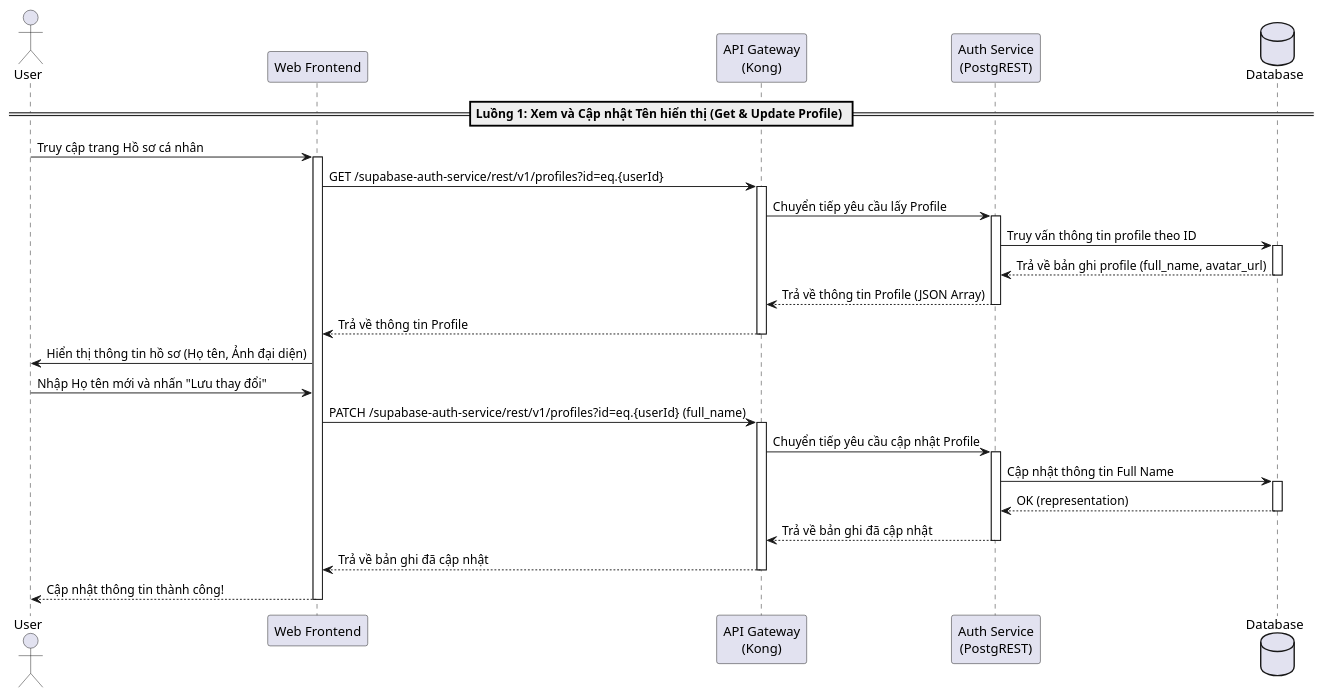
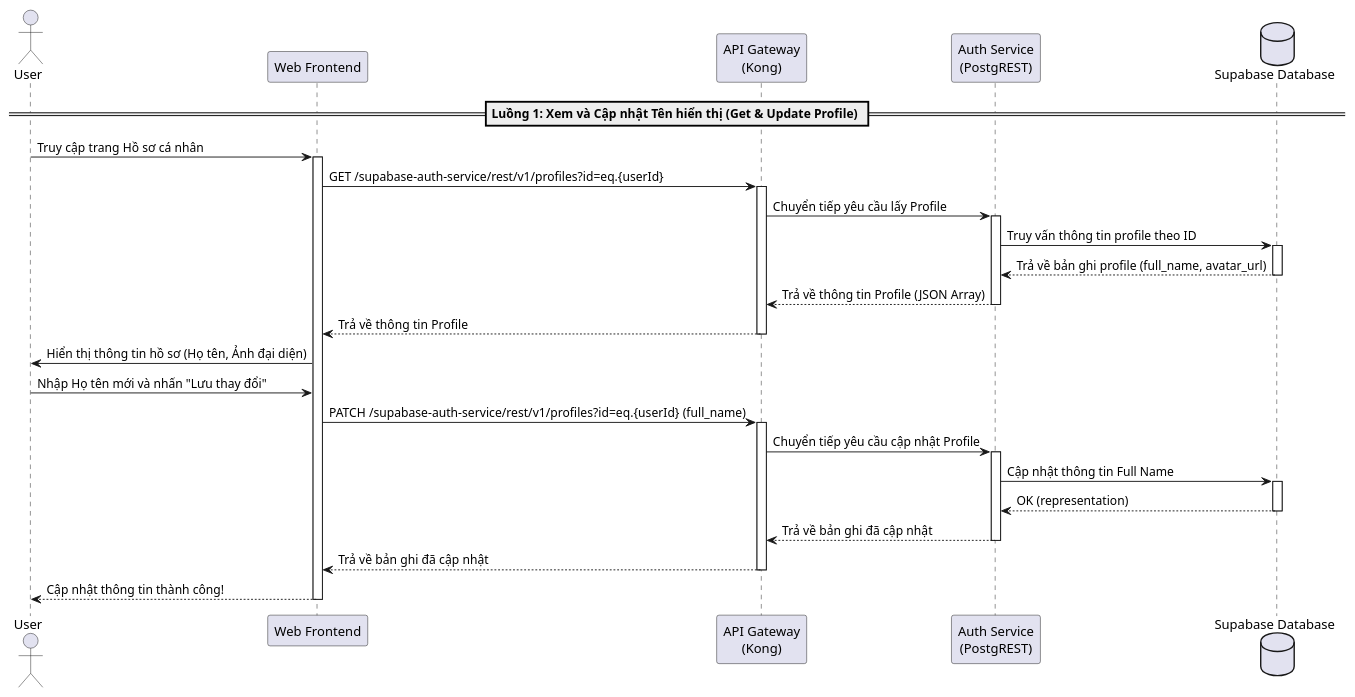
One commit to 20206205Tech/docs-uml changed the diagram in temp/05-sequence/UML-Sequence-10.puml. Above: the diagram before and after it, drawn with PlantUML. The commit also changed 37 other files, not shown here.

```diff
--- a/temp/05-sequence/UML-Sequence-10.puml
+++ b/temp/05-sequence/UML-Sequence-10.puml
@@ -1,42 +1,42 @@
 @startuml
 actor "User" as User
 participant "Web Frontend" as Frontend
 participant "API Gateway\n(Kong)" as Kong
 participant "Auth Service\n(PostgREST)" as AuthService
-database "Database" as DB
+database "Supabase Database" as DB
 
 == Luồng 1: Xem và Cập nhật Tên hiển thị (Get & Update Profile) ==
 User -> Frontend: Truy cập trang Hồ sơ cá nhân
 activate Frontend
 
 Frontend -> Kong: GET /supabase-auth-service/rest/v1/profiles?id=eq.{userId}
 activate Kong
 Kong -> AuthService: Chuyển tiếp yêu cầu lấy Profile
 activate AuthService
 AuthService -> DB: Truy vấn thông tin profile theo ID
 activate DB
 DB --> AuthService: Trả về bản ghi profile (full_name, avatar_url)
 deactivate DB
 AuthService --> Kong: Trả về thông tin Profile (JSON Array)
 deactivate AuthService
 Kong --> Frontend: Trả về thông tin Profile
 deactivate Kong
 Frontend -> User: Hiển thị thông tin hồ sơ (Họ tên, Ảnh đại diện)
 
 User -> Frontend: Nhập Họ tên mới và nhấn "Lưu thay đổi"
 Frontend -> Kong: PATCH /supabase-auth-service/rest/v1/profiles?id=eq.{userId} (full_name)
 activate Kong
 Kong -> AuthService: Chuyển tiếp yêu cầu cập nhật Profile
 activate AuthService
 AuthService -> DB: Cập nhật thông tin Full Name
 activate DB
 DB --> AuthService: OK (representation)
 deactivate DB
 AuthService --> Kong: Trả về bản ghi đã cập nhật
 deactivate AuthService
 Kong --> Frontend: Trả về bản ghi đã cập nhật
 deactivate Kong
 
 Frontend --> User: Cập nhật thông tin thành công!
 deactivate Frontend
 @enduml
```
